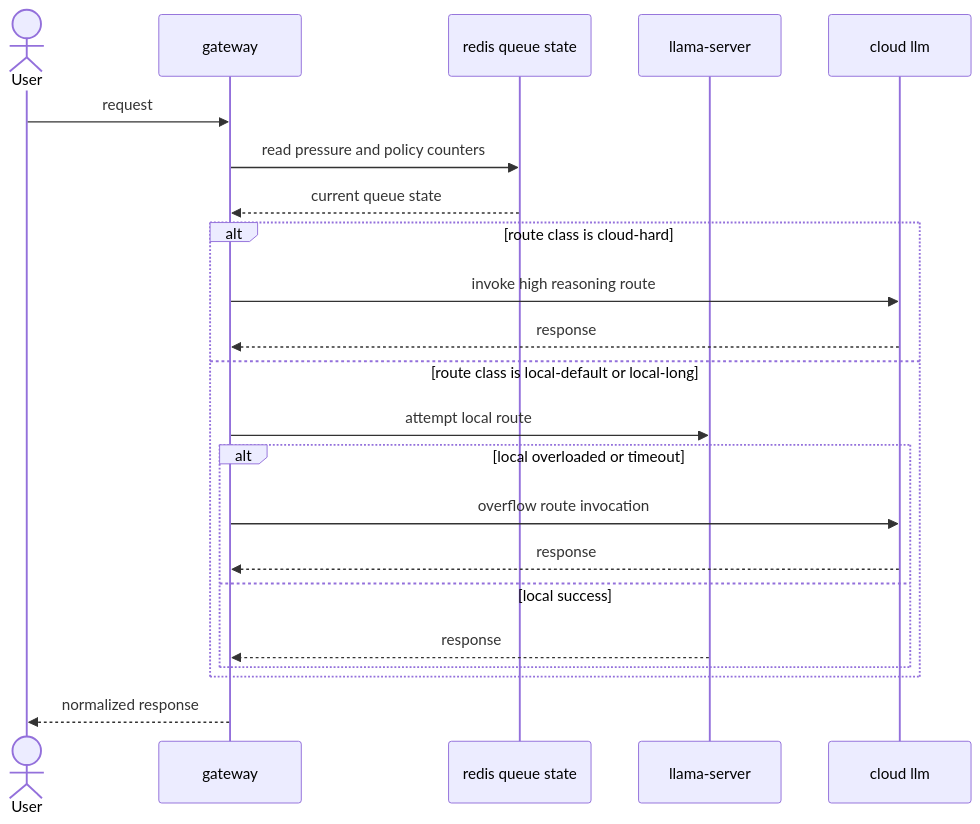
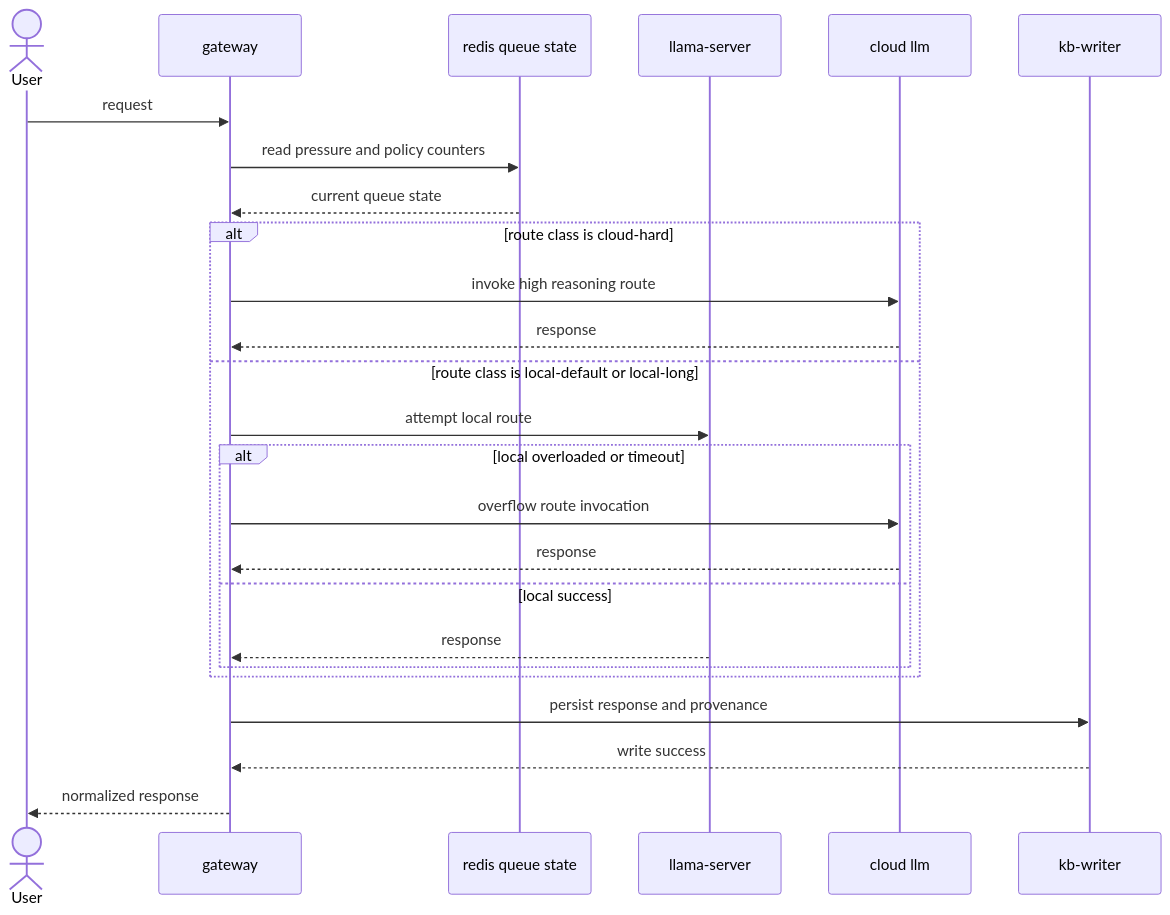
The second of 2 diagrams in docs/architecture/01_runtime_routing_and_invocation.md (xXChiffreXx/AI-Hybrid-Deployment), drawn with Mermaid before and after one commit. The commit also changed other lines of this file and 7 other files, not shown here.

````diff
--- a/docs/architecture/01_runtime_routing_and_invocation.md
+++ b/docs/architecture/01_runtime_routing_and_invocation.md
@@ -59,27 +65,30 @@
 ```mermaid
 sequenceDiagram
   actor U as User
   participant G as gateway
   participant R as redis queue state
   participant L as llama-server
   participant C as cloud llm
+  participant W as kb-writer
 
   U->>G: request
   G->>R: read pressure and policy counters
   R-->>G: current queue state
 
   alt route class is cloud-hard
     G->>C: invoke high reasoning route
     C-->>G: response
   else route class is local-default or local-long
     G->>L: attempt local route
     alt local overloaded or timeout
       G->>C: overflow route invocation
       C-->>G: response
     else local success
       L-->>G: response
     end
   end
 
+  G->>W: persist response and provenance
+  W-->>G: write success
   G-->>U: normalized response
 ```
````
